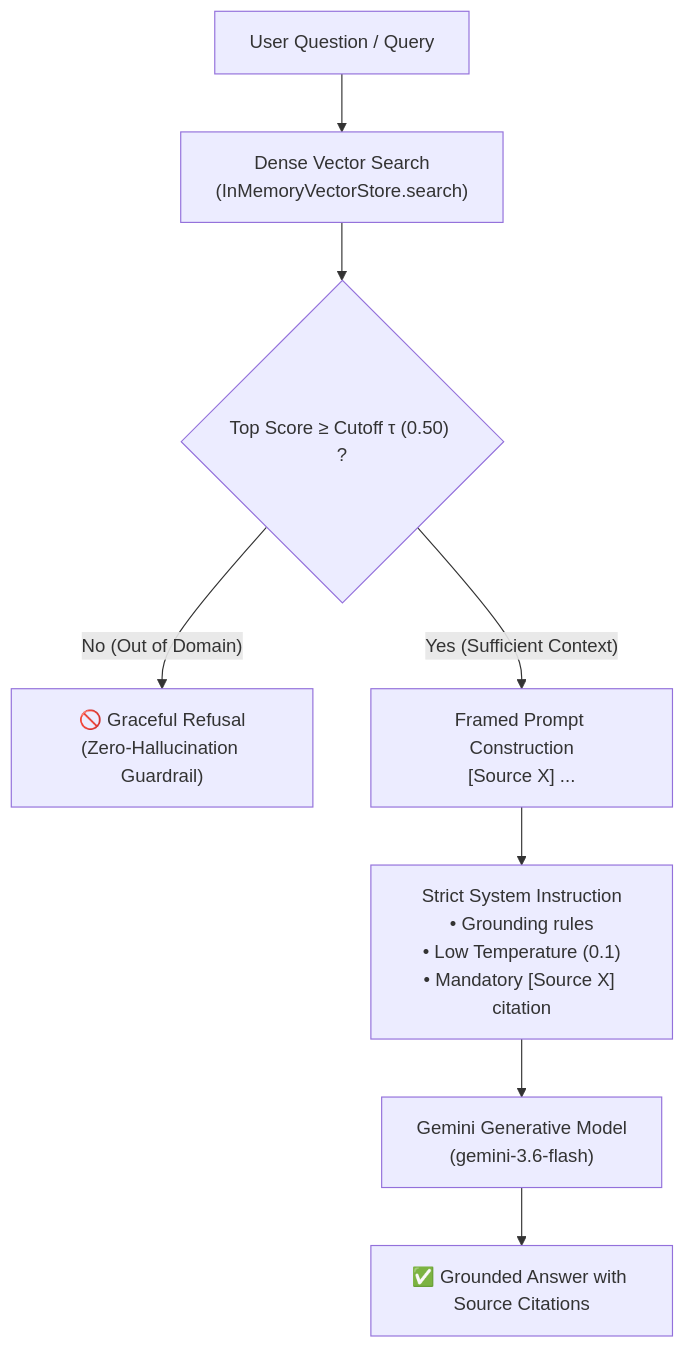
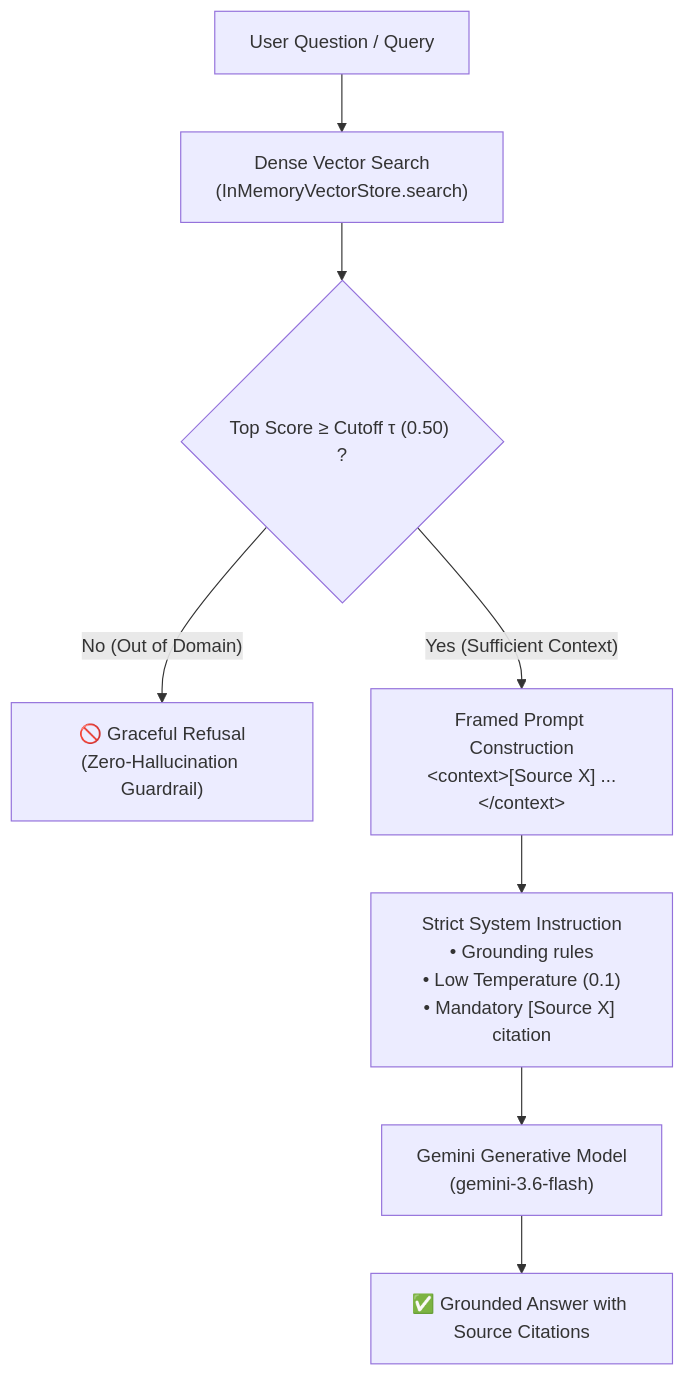
Before and after one commit to eduveliz/production-rag-architectures: the diagram in 03-rag-pipeline/README.md, drawn with Mermaid. The commit also changed 3 other files, not shown here.

Commit message:
fix(docs): format mermaid subgraphs and labels for GitHub renderer compatibility

````diff
--- a/03-rag-pipeline/README.md
+++ b/03-rag-pipeline/README.md
@@ -12,12 +12,12 @@
 ```mermaid
 flowchart TD
-    UserQuery["User Question / Query"] --> Retrieval["Dense Vector Search\n(InMemoryVectorStore.search)"]
+    UserQuery["User Question / Query"] --> Retrieval["Dense Vector Search<br/>(InMemoryVectorStore.search)"]
     Retrieval --> RelevanceCheck{"Top Score ≥ Cutoff τ (0.50) ?"}
     
-    RelevanceCheck -- "No (Out of Domain)" --> Refusal["🚫 Graceful Refusal\n(Zero-Hallucination Guardrail)"]
+    RelevanceCheck -- "No (Out of Domain)" --> Refusal["🚫 Graceful Refusal<br/>(Zero-Hallucination Guardrail)"]
     
-    RelevanceCheck -- "Yes (Sufficient Context)" --> ContextFraming["Framed Prompt Construction\n<context>[Source X] ...</context>"]
-    ContextFraming --> StrictSystemPrompt["Strict System Instruction\n• Grounding rules\n• Low Temperature (0.1)\n• Mandatory [Source X] citation"]
-    StrictSystemPrompt --> GenerativeModel["Gemini Generative Model\n(gemini-3.6-flash)"]
+    RelevanceCheck -- "Yes (Sufficient Context)" --> ContextFraming["Framed Prompt Construction<br/>&lt;context&gt;[Source X] ...&lt;/context&gt;"]
+    ContextFraming --> StrictSystemPrompt["Strict System Instruction<br/>• Grounding rules<br/>• Low Temperature (0.1)<br/>• Mandatory [Source X] citation"]
+    StrictSystemPrompt --> GenerativeModel["Gemini Generative Model<br/>(gemini-3.6-flash)"]
     GenerativeModel --> VerifiedResponse["✅ Grounded Answer with Source Citations"]
 ```
````
